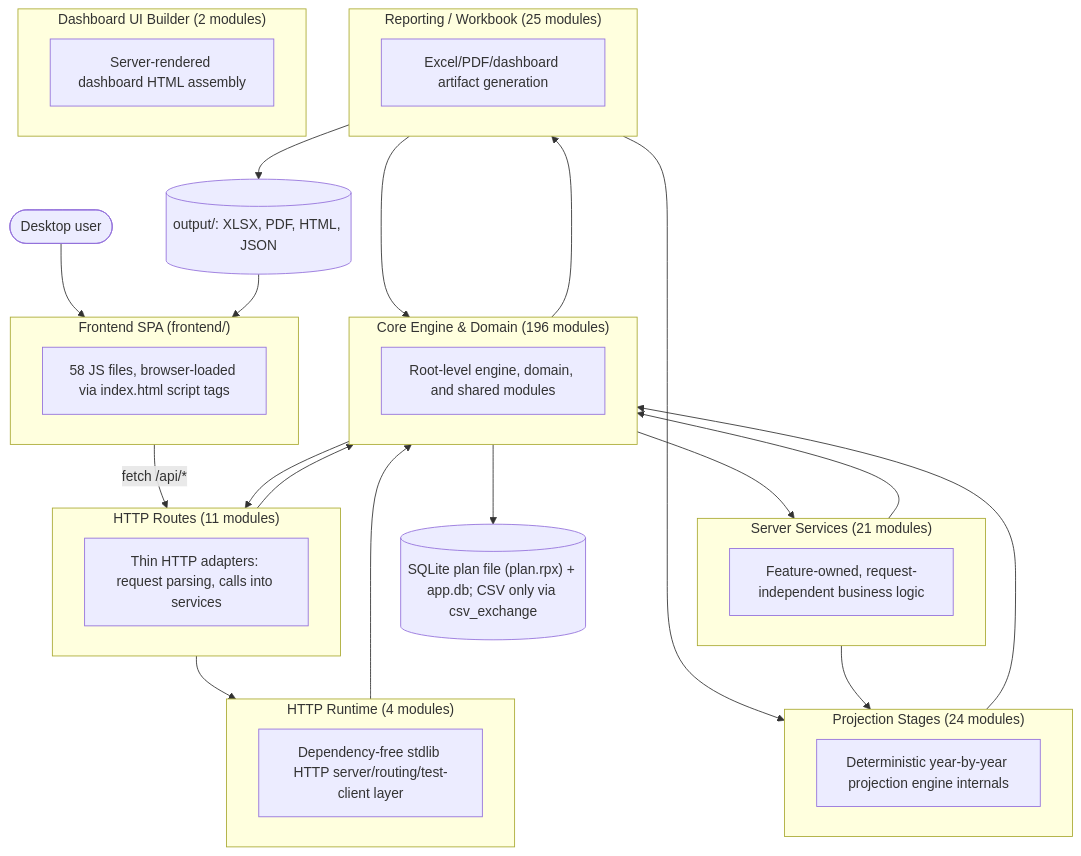
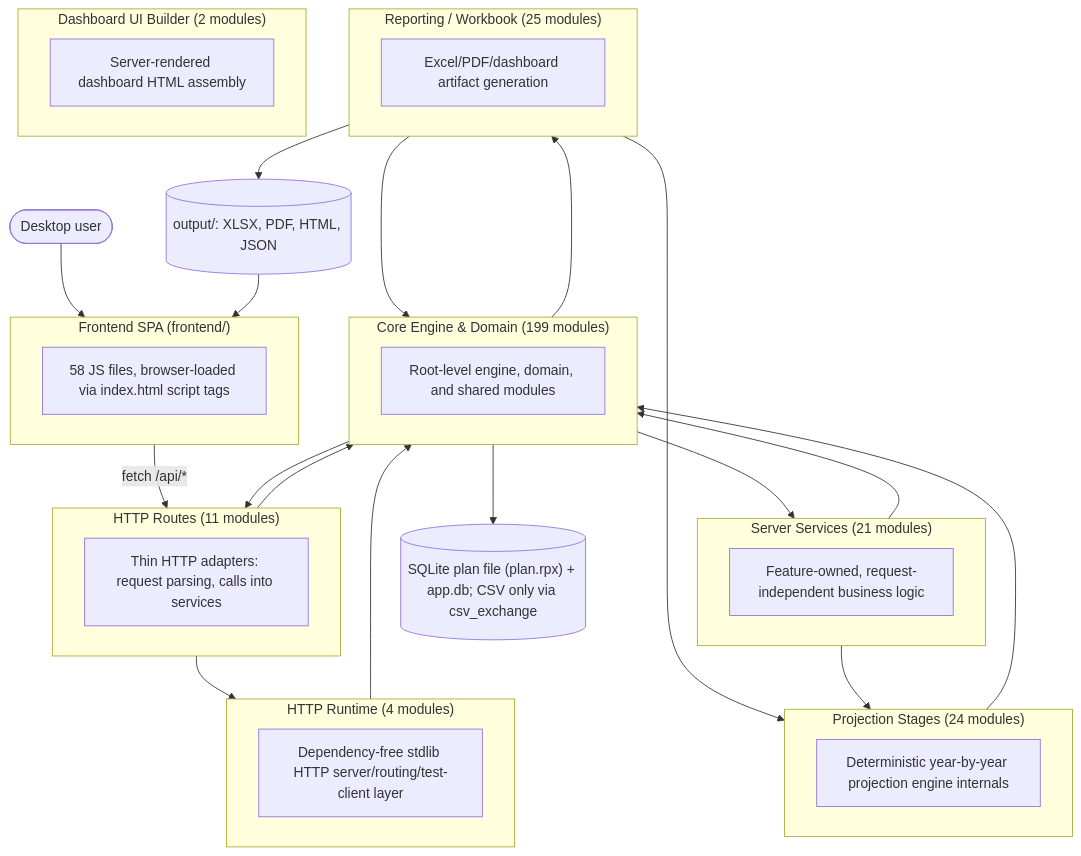
Before and after one commit to matthartzman/retirement_system: the first of 2 diagrams in documentation/reference/SYSTEM_ARCHITECTURE_DIAGRAM.md, drawn with Mermaid. The commit also changed other lines of this file and 20 other files, not shown here.

````diff
--- a/documentation/reference/SYSTEM_ARCHITECTURE_DIAGRAM.md
+++ b/documentation/reference/SYSTEM_ARCHITECTURE_DIAGRAM.md
@@ -11,43 +11,43 @@
 ```mermaid
 flowchart TB
     User(["Desktop user"]) --> FE
     subgraph FE["Frontend SPA (frontend/)"]
         FEcount["58 JS files, browser-loaded via index.html script tags"]
     end
     FE -->|fetch /api/*| L_HTTP_Routes
     subgraph L_HTTP_Routes["HTTP Routes (11 modules)"]
         L_HTTP_Routes_d["Thin HTTP adapters: request parsing, calls into services"]
     end
     subgraph L_Server_Services["Server Services (21 modules)"]
         L_Server_Services_d["Feature-owned, request-independent business logic"]
     end
     subgraph L_HTTP_Runtime["HTTP Runtime (4 modules)"]
         L_HTTP_Runtime_d["Dependency-free stdlib HTTP server/routing/test-client layer"]
     end
-    subgraph L_Core_Engine___Domain["Core Engine & Domain (196 modules)"]
+    subgraph L_Core_Engine___Domain["Core Engine & Domain (199 modules)"]
         L_Core_Engine___Domain_d["Root-level engine, domain, and shared modules"]
     end
     subgraph L_Projection_Stages["Projection Stages (24 modules)"]
         L_Projection_Stages_d["Deterministic year-by-year projection engine internals"]
     end
     subgraph L_Reporting___Workbook["Reporting / Workbook (25 modules)"]
         L_Reporting___Workbook_d["Excel/PDF/dashboard artifact generation"]
     end
     subgraph L_Dashboard_UI_Builder["Dashboard UI Builder (2 modules)"]
         L_Dashboard_UI_Builder_d["Server-rendered dashboard HTML assembly"]
     end
     L_Core_Engine___Domain --> L_HTTP_Routes
     L_Core_Engine___Domain --> L_Reporting___Workbook
     L_Core_Engine___Domain --> L_Server_Services
     L_HTTP_Routes --> L_Core_Engine___Domain
     L_HTTP_Routes --> L_HTTP_Runtime
     L_HTTP_Runtime --> L_Core_Engine___Domain
     L_Projection_Stages --> L_Core_Engine___Domain
     L_Reporting___Workbook --> L_Core_Engine___Domain
     L_Reporting___Workbook --> L_Projection_Stages
     L_Server_Services --> L_Core_Engine___Domain
     L_Server_Services --> L_Projection_Stages
     L_Core_Engine___Domain --> DB[("SQLite plan file (plan.rpx) + app.db; CSV only via csv_exchange")]
     L_Reporting___Workbook --> Outputs[("output/: XLSX, PDF, HTML, JSON")]
     Outputs --> FE
 ```
````
